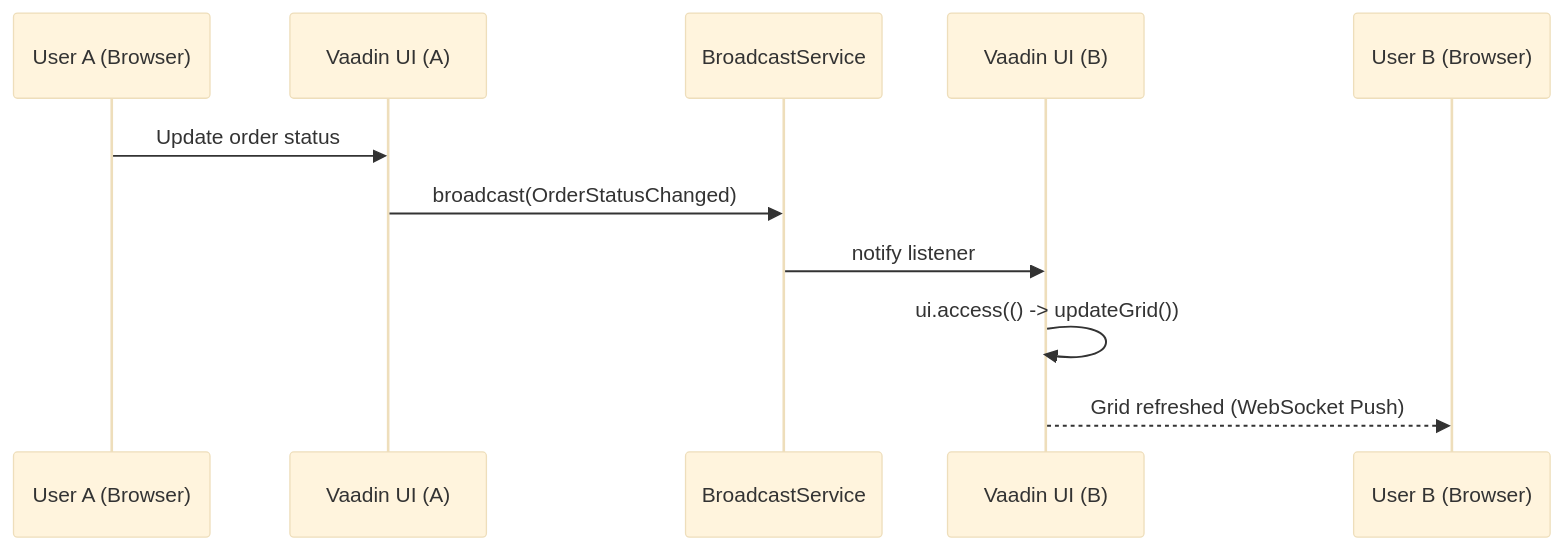
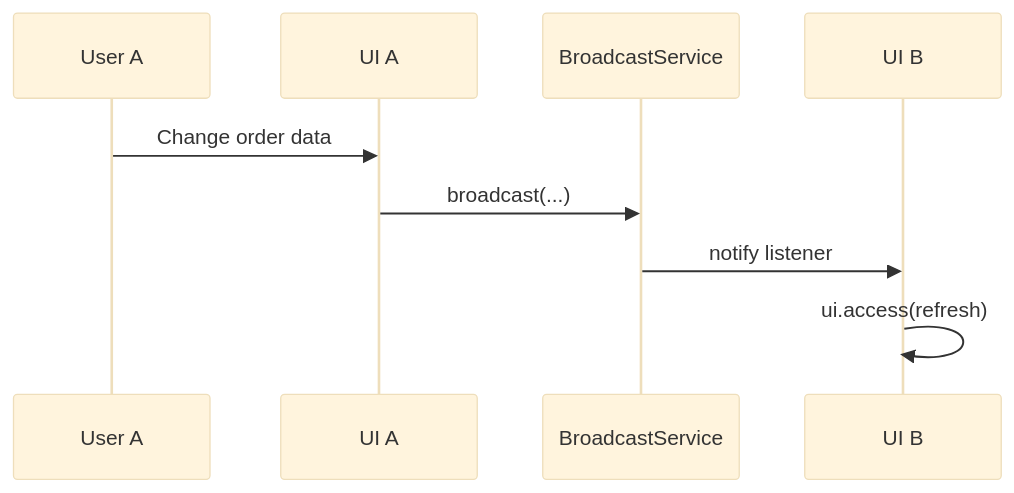
Before and after one commit to kron12345/railway-order-mgmt: the sixth of 7 diagrams in docs/ARCHITECTURE.md, drawn with Mermaid (base theme). The commit also changed other lines of this file and 45 other files, not shown here.

Commit message:
Add timetable builder and document order position flows

````diff
--- a/docs/ARCHITECTURE.md
+++ b/docs/ARCHITECTURE.md
@@ -78,14 +128,12 @@
 ```mermaid
 sequenceDiagram
-    participant U1 as User A (Browser)
-    participant V1 as Vaadin UI (A)
+    participant U1 as User A
+    participant V1 as UI A
     participant BS as BroadcastService
-    participant V2 as Vaadin UI (B)
-    participant U2 as User B (Browser)
+    participant V2 as UI B
 
-    U1->>V1: Update order status
-    V1->>BS: broadcast(OrderStatusChanged)
+    U1->>V1: Change order data
+    V1->>BS: broadcast(...)
     BS->>V2: notify listener
-    V2->>V2: ui.access(() -> updateGrid())
-    V2-->>U2: Grid refreshed (WebSocket Push)
+    V2->>V2: ui.access(refresh)
 ```
````
